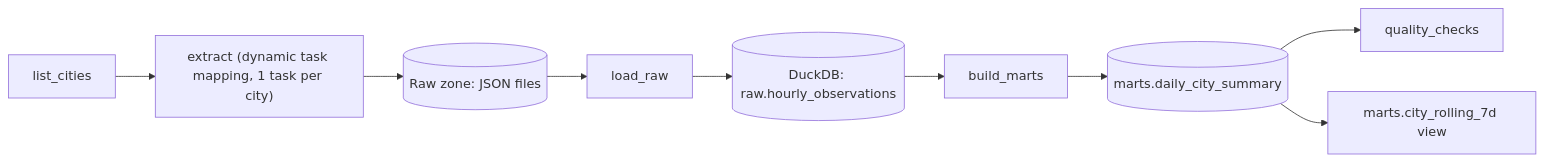
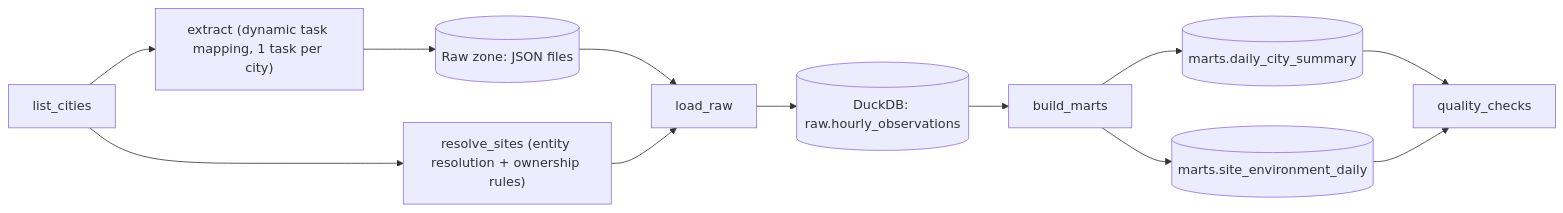
Before and after one commit to sohailalij/airflow-weather-elt: the diagram in README.md, drawn with Mermaid. The commit also changed other lines of this file and 14 other files, not shown here.

Commit message:
Add entity resolution and ownership attribution

````diff
--- a/README.md
+++ b/README.md
@@ -15,11 +17,14 @@
 ```mermaid
 flowchart LR
     A[list_cities] --> B["extract (dynamic task mapping, 1 task per city)"]
+    A --> R["resolve_sites (entity resolution + ownership rules)"]
     B --> C[(Raw zone: JSON files)]
     C --> D[load_raw]
+    R --> D
     D --> E[(DuckDB: raw.hourly_observations)]
     E --> F[build_marts]
     F --> G[(marts.daily_city_summary)]
+    F --> S[(marts.site_environment_daily)]
     G --> H[quality_checks]
-    G --> I[marts.city_rolling_7d view]
+    S --> H
 ```
````
